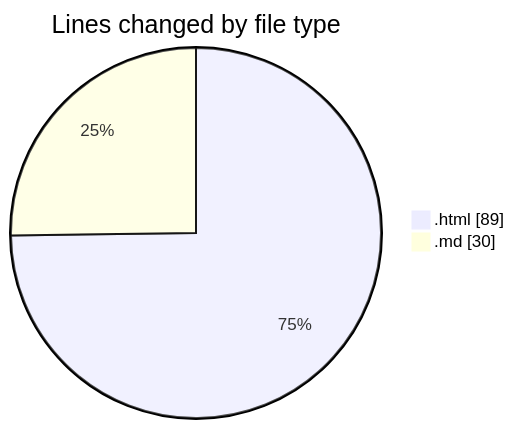
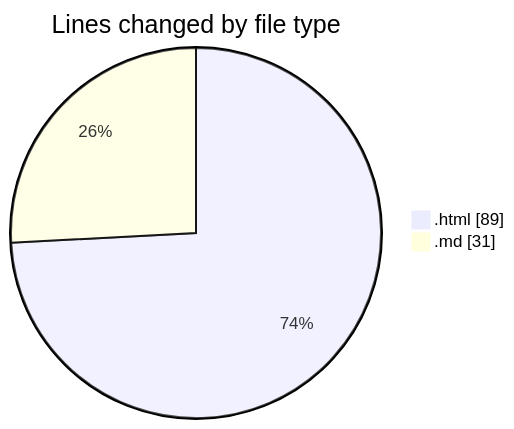
The first of 2 diagrams in 2025-07-04/urlwebwala_intership_work/README.md (Ritupan-Deka/code-tracking), drawn with Mermaid before and after one commit. The commit also changed other lines of this file and 1 other file, not shown here.

````diff
--- a/2025-07-04/urlwebwala_intership_work/README.md
+++ b/2025-07-04/urlwebwala_intership_work/README.md
@@ -21,6 +21,6 @@
 ```mermaid
 pie showData
 title Lines changed by file type
 ".html" : 89
-".md" : 30
+".md" : 31
 ```
````
